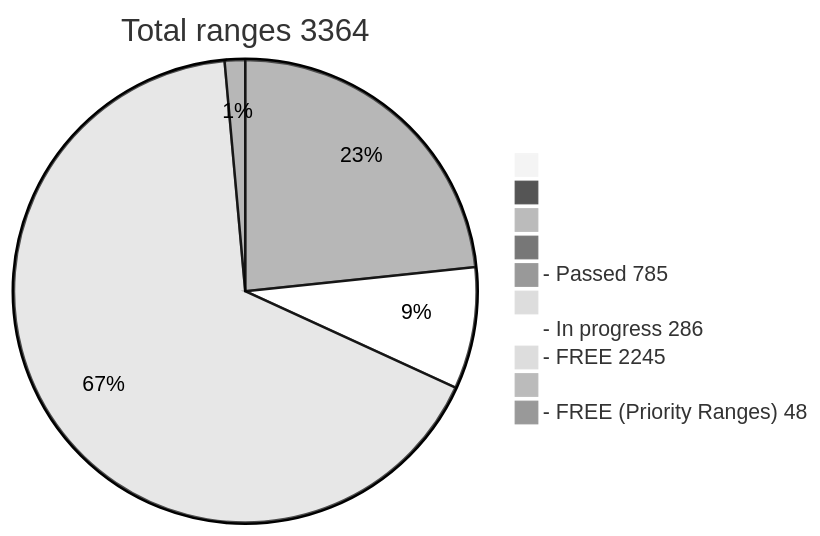
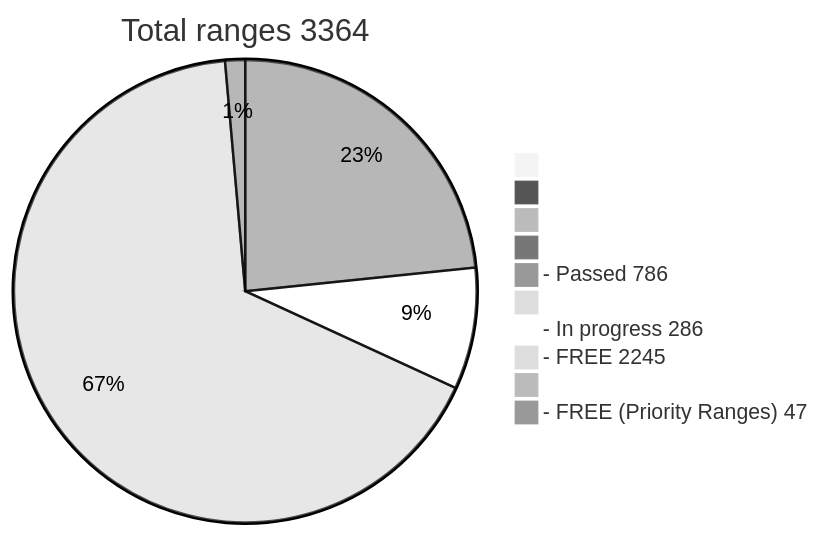
Before and after one commit to phrutis/wif500: the diagram in README.md, drawn with Mermaid (neutral theme).

````diff
--- a/README.md
+++ b/README.md
@@ -16,13 +16,13 @@
 ```mermaid
 pie title Total ranges 3364
              " " : 0
             "  " : 0
            "   " : 0
           "    " : 0
-  "- Passed 785" : 785
+  "- Passed 786" : 786
          "     " : 0
   "- In progress 286" : 286
    "- FREE 2245" : 2245
         "      " : 0
-  "- FREE (Priority Ranges) 48" : 48
+  "- FREE (Priority Ranges) 47" : 47
 ```
````
